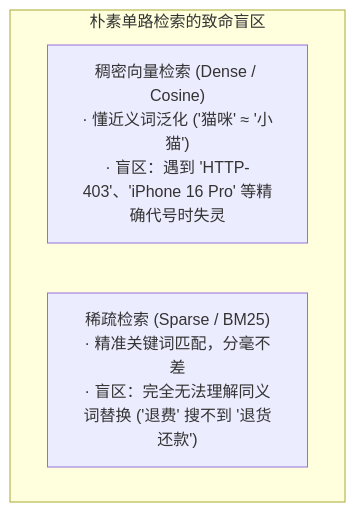
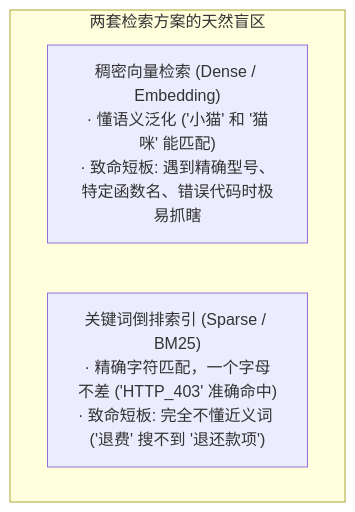
Before and after one commit to ljh12138164/ai-agent-study: the first of 3 diagrams in app/ch03-memory-rag/02-rag-pipeline-hybrid/page.mdx, drawn with Mermaid. The commit also changed other lines of this file and 43 other files, not shown here.

````diff
--- a/app/ch03-memory-rag/02-rag-pipeline-hybrid/page.mdx
+++ b/app/ch03-memory-rag/02-rag-pipeline-hybrid/page.mdx
@@ -13,7 +13,7 @@
 ```mermaid
-graph TD
-    subgraph BlindSpots["朴素单路检索的致命盲区"]
-        B1["稠密向量检索 (Dense / Cosine)<br/>· 懂近义词泛化 ('猫咪' ≈ '小猫')<br/>· 盲区：遇到 'HTTP-403'、'iPhone 16 Pro' 等精确代号时失灵"]
-        B2["稀疏检索 (Sparse / BM25)<br/>· 精准关键词匹配，分毫不差<br/>· 盲区：完全无法理解同义词替换 ('退费' 搜不到 '退货还款')"]
+flowchart TD
+    subgraph BlindSpots["两套检索方案的天然盲区"]
+        B1["稠密向量检索 (Dense / Embedding)<br/>· 懂语义泛化 ('小猫' 和 '猫咪' 能匹配)<br/>· 致命短板: 遇到精确型号、特定函数名、错误代码时极易抓瞎"]
+        B2["关键词倒排索引 (Sparse / BM25)<br/>· 精确字符匹配，一个字母不差 ('HTTP_403' 准确命中)<br/>· 致命短板: 完全不懂近义词 ('退费' 搜不到 '退还款项')"]
     end
 ```
````
